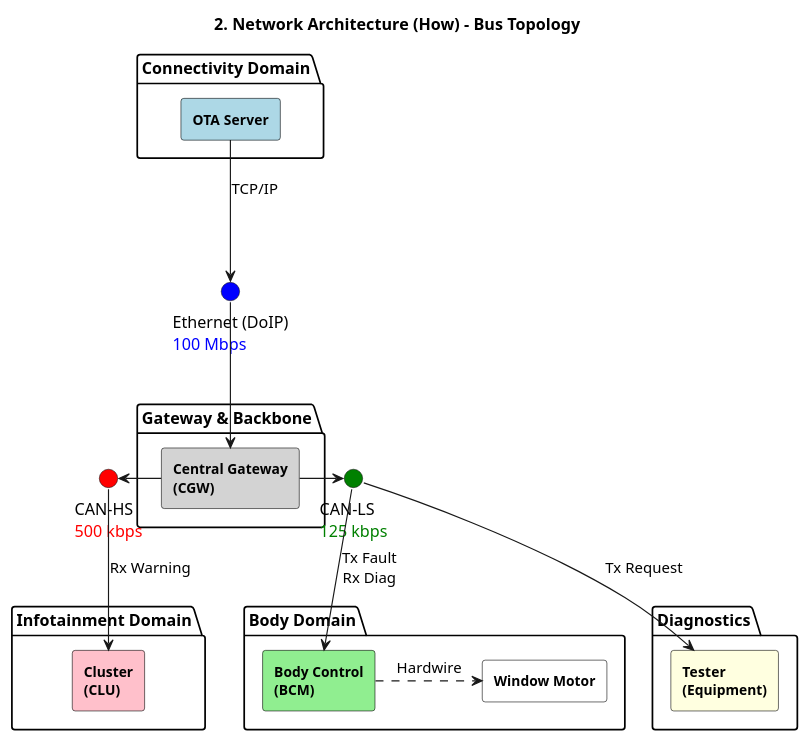
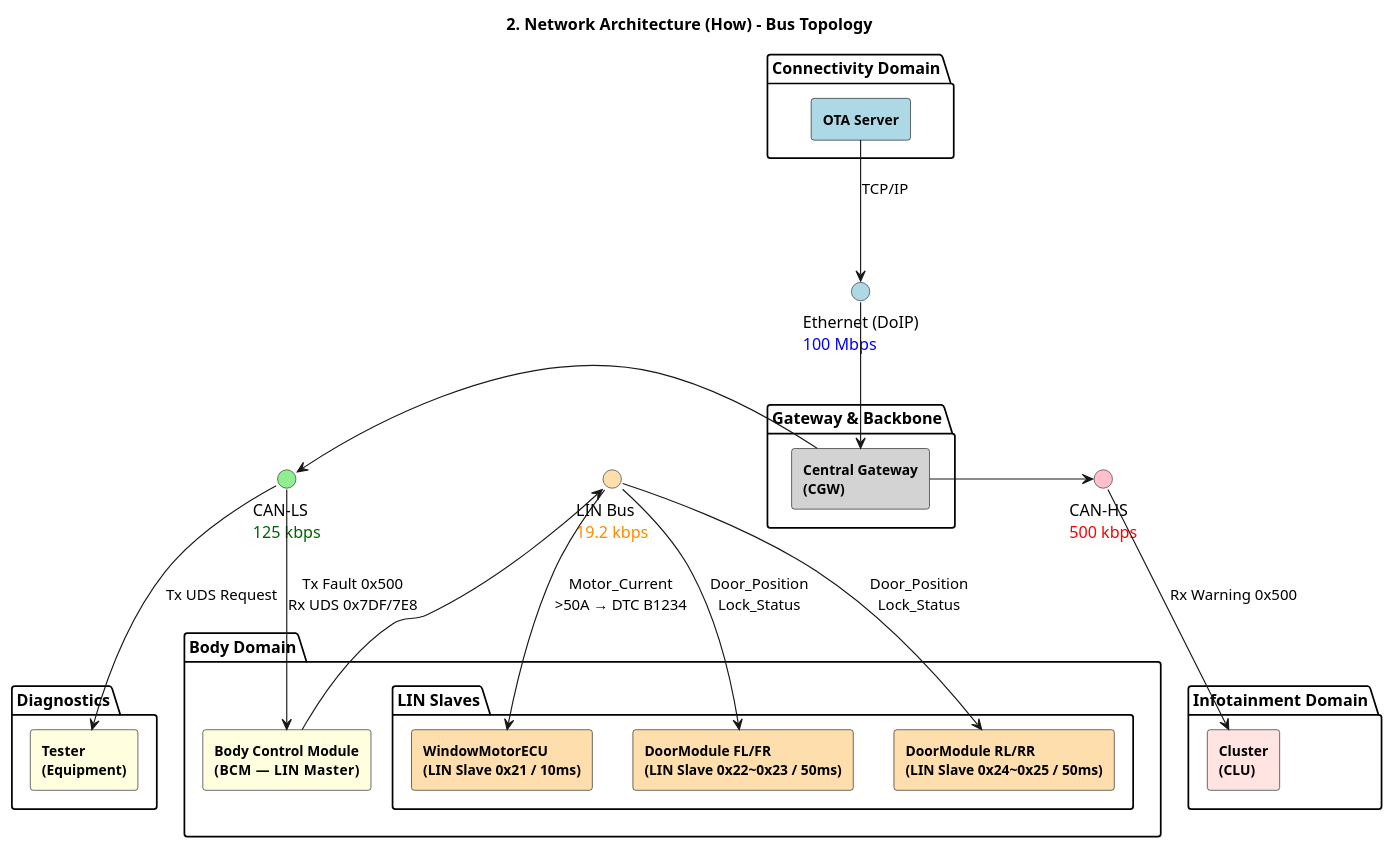
One commit to VectorCANoe/canoe-driving-alert changed the diagram in docs/sample/02_archive/02_PUML_Revisions/02_Network_Topology.puml. Above: the diagram before and after it, drawn with PlantUML. The commit also changed 5 other files, not shown here.

Commit message:
feat: diagram design revision

```diff
--- a/docs/sample/02_archive/02_PUML_Revisions/02_Network_Topology.puml
+++ b/docs/sample/02_archive/02_PUML_Revisions/02_Network_Topology.puml
@@ -1,65 +1,77 @@
 @startuml
 title 2. Network Architecture (How) - Bus Topology
 top to bottom direction
 skinparam componentStyle rectangle
 skinparam shadowing false
 skinparam roundcorner 5
 
 ' --- Colors & Style ---
 skinparam rectangle {
     BackgroundColor White
     BorderColor Black
     FontSize 14
     FontStyle bold
 }
 skinparam component {
     BackgroundColor White
     BorderColor Black
     FontSize 12
     FontStyle bold
 }
 
-' --- Bus Lines (As Interfaces for better visual) ---
-interface "Ethernet (DoIP)\n<color:Blue>100 Mbps</color>" as ETH_BUS #Blue
-interface "CAN-HS\n<color:Red>500 kbps</color>" as HS_BUS #Red
-interface "CAN-LS\n<color:Green>125 kbps</color>" as LS_BUS #Green
+' --- Bus Lines ---
+interface "Ethernet (DoIP)\n<color:Blue>100 Mbps</color>"     as ETH_BUS #LightBlue
+interface "CAN-HS\n<color:Red>500 kbps</color>"               as HS_BUS  #Pink
+interface "CAN-LS\n<color:DarkGreen>125 kbps</color>"         as LS_BUS  #LightGreen
+interface "LIN Bus\n<color:DarkOrange>19.2 kbps</color>"      as LIN_BUS #NavajoWhite
 
-' --- Nodes (ECUs) ---
+' --- Connectivity Domain ---
 package "Connectivity Domain" {
     component "OTA Server" as OTA #LightBlue
 }
 
+' --- Gateway ---
 package "Gateway & Backbone" {
     component "Central Gateway\n(CGW)" as GW #LightGray
 }
 
+' --- Body Domain ---
 package "Body Domain" {
-    component "Body Control\n(BCM)" as BCM #LightGreen
-    component "Window Motor" as MOTOR #White
+    component "Body Control Module\n(BCM  —  LIN Master)" as BCM #LightYellow
+
+    package "LIN Slaves" {
+        component "WindowMotorECU\n(LIN Slave 0x21 / 10ms)" as WMECU #NavajoWhite
+        component "DoorModule FL/FR\n(LIN Slave 0x22~0x23 / 50ms)" as DOOR_F #NavajoWhite
+        component "DoorModule RL/RR\n(LIN Slave 0x24~0x25 / 50ms)" as DOOR_R #NavajoWhite
+    }
 }
 
+' --- Infotainment Domain ---
 package "Infotainment Domain" {
-    component "Cluster\n(CLU)" as CLU #pink
+    component "Cluster\n(CLU)" as CLU #MistyRose
 }
 
+' --- Diagnostics ---
 package "Diagnostics" {
     component "Tester\n(Equipment)" as TESTER #LightYellow
 }
 
 ' --- Connections ---
-OTA -down-> ETH_BUS : "TCP/IP"
+OTA     -down-> ETH_BUS   : "TCP/IP"
 ETH_BUS -down-> GW
 
-GW -left-> HS_BUS
-GW -right-> LS_BUS
+GW -left->  LS_BUS
+GW -right-> HS_BUS
 
-HS_BUS -down-> CLU : "Rx Warning"
+LS_BUS -down-> BCM    : "Tx Fault 0x500\nRx UDS 0x7DF/7E8"
+LS_BUS -down-> TESTER : "Tx UDS Request"
 
-LS_BUS -down-> BCM : "Tx Fault\nRx Diag"
-LS_BUS -down-> TESTER : "Tx Request"
+HS_BUS -down-> CLU    : "Rx Warning 0x500"
 
-' Detail Connection (Non-Network)
-BCM .right.> MOTOR : "Hardwire"
-
+' LIN Master-Slave
+BCM     -down-> LIN_BUS
+LIN_BUS -down-> WMECU  : "Motor_Current\n>50A → DTC B1234"
+LIN_BUS -down-> DOOR_F : "Door_Position\nLock_Status"
+LIN_BUS -down-> DOOR_R : "Door_Position\nLock_Status"
 
 @enduml
```
